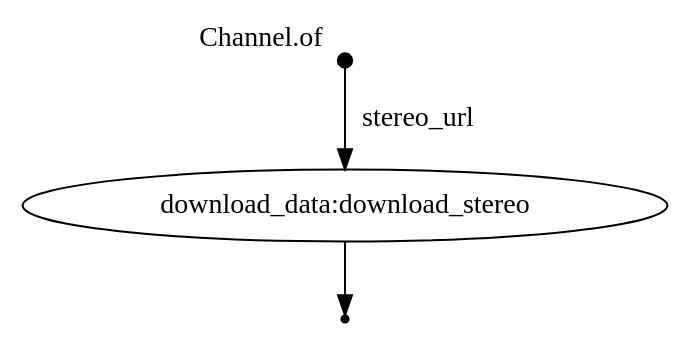
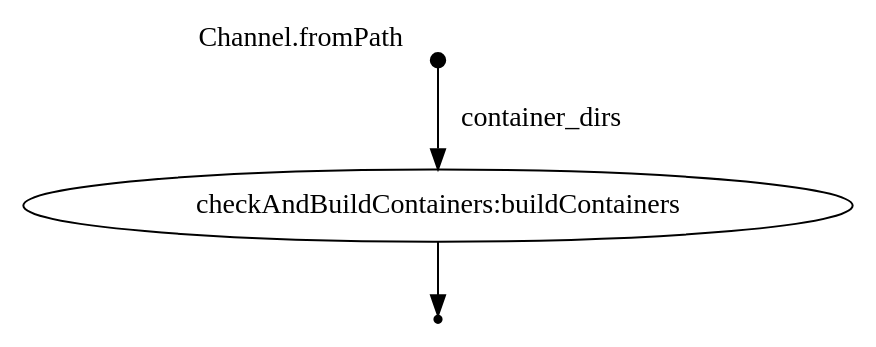
Before and after one commit to patrickCNMartin/scSPIX_analysis: the diagram in logs/dag.dot, drawn with Graphviz. The commit also changed 23 other files, not shown here.

```diff
--- a/logs/dag.dot
+++ b/logs/dag.dot
@@ -1,10 +1,10 @@
 digraph "dag" {
-p0 [shape=point,label="",fixedsize=true,width=0.1,xlabel="Channel.of"];
-p1 [label="download_data:download_stereo"];
-p0 -> p1 [label="stereo_url"];
+p0 [shape=point,label="",fixedsize=true,width=0.1,xlabel="Channel.fromPath"];
+p1 [label="checkAndBuildContainers:buildContainers"];
+p0 -> p1 [label="container_dirs"];
 
-p1 [label="download_data:download_stereo"];
+p1 [label="checkAndBuildContainers:buildContainers"];
 p2 [shape=point];
 p1 -> p2;
 
 }
```
